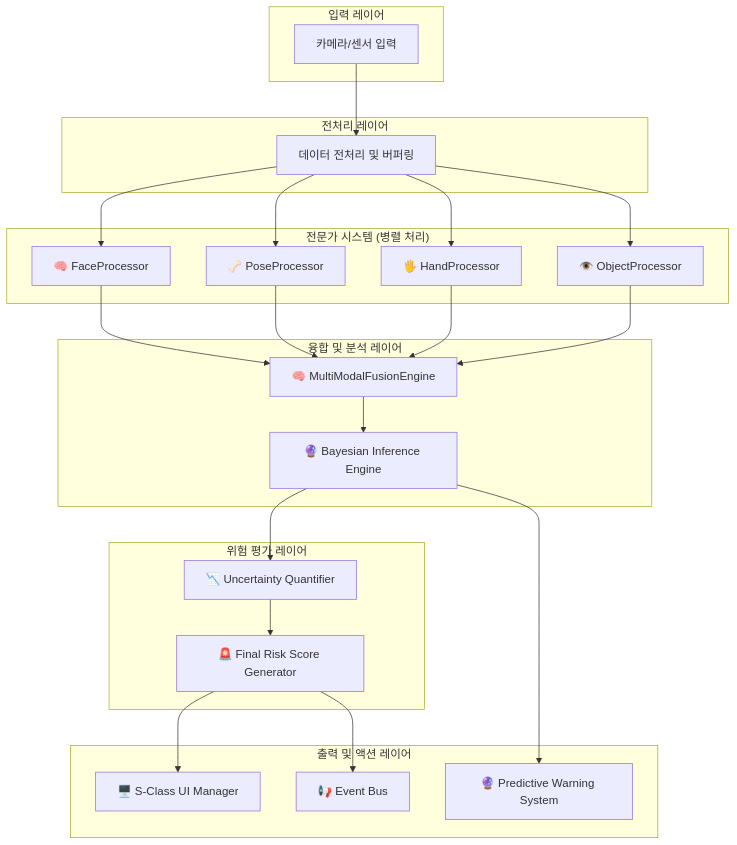
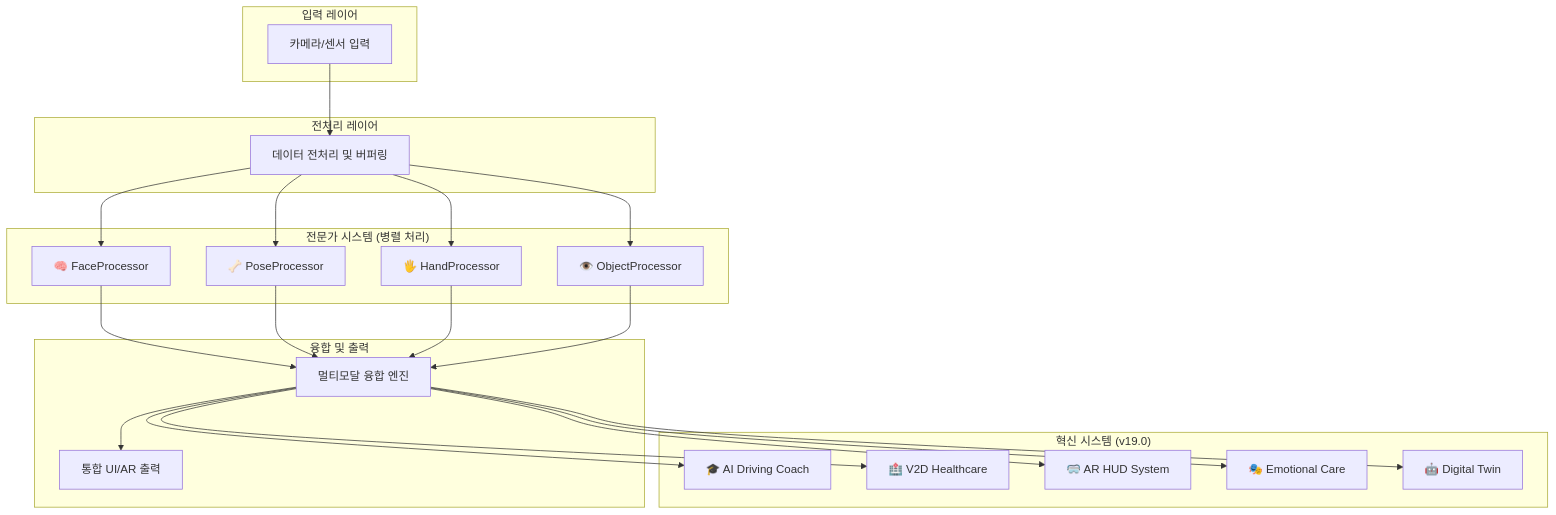
Before and after one commit to StudentDONGHYUN/DMS_Project2: the diagram in README.md, drawn with Mermaid. The commit also changed other lines of this file and 11 other files, not shown here.

````diff
--- a/README.md
+++ b/README.md
@@ -35,36 +35,38 @@
 ```mermaid
 graph TD
     subgraph "입력 레이어"
         A[카메라/센서 입력]
     end
 
     subgraph "전처리 레이어"
         A --> B[데이터 전처리 및 버퍼링]
     end
 
     subgraph "전문가 시스템 (병렬 처리)"
         B --> C[🧠 FaceProcessor]
         B --> D[🦴 PoseProcessor]
         B --> E[🖐️ HandProcessor]
         B --> F[👁️ ObjectProcessor]
     end
 
-    subgraph "융합 및 분석 레이어"
-        C --> G[🧠 MultiModalFusionEngine]
-        D --> G
-        E --> G
-        F --> G
-        G --> H[🔮 Bayesian Inference Engine]
+    subgraph "혁신 시스템 (v19.0)"
+        G[🎓 AI Driving Coach]
+        H[🏥 V2D Healthcare]
+        I[🥽 AR HUD System]
+        J[🎭 Emotional Care]
+        K[🤖 Digital Twin]
     end
 
-    subgraph "위험 평가 레이어"
-        H --> I[📉 Uncertainty Quantifier]
-        I --> J[🚨 Final Risk Score Generator]
-    end
-
-    subgraph "출력 및 액션 레이어"
-        J --> K[🖥️ S-Class UI Manager]
-        J --> L[📢 Event Bus]
-        H --> M[🔮 Predictive Warning System]
+    subgraph "융합 및 출력"
+        C --> L[멀티모달 융합 엔진]
+        D --> L
+        E --> L
+        F --> L
+        L --> M[통합 UI/AR 출력]
+        L --> G
+        L --> H
+        L --> I
+        L --> J
+        L --> K
     end
 ```
````
